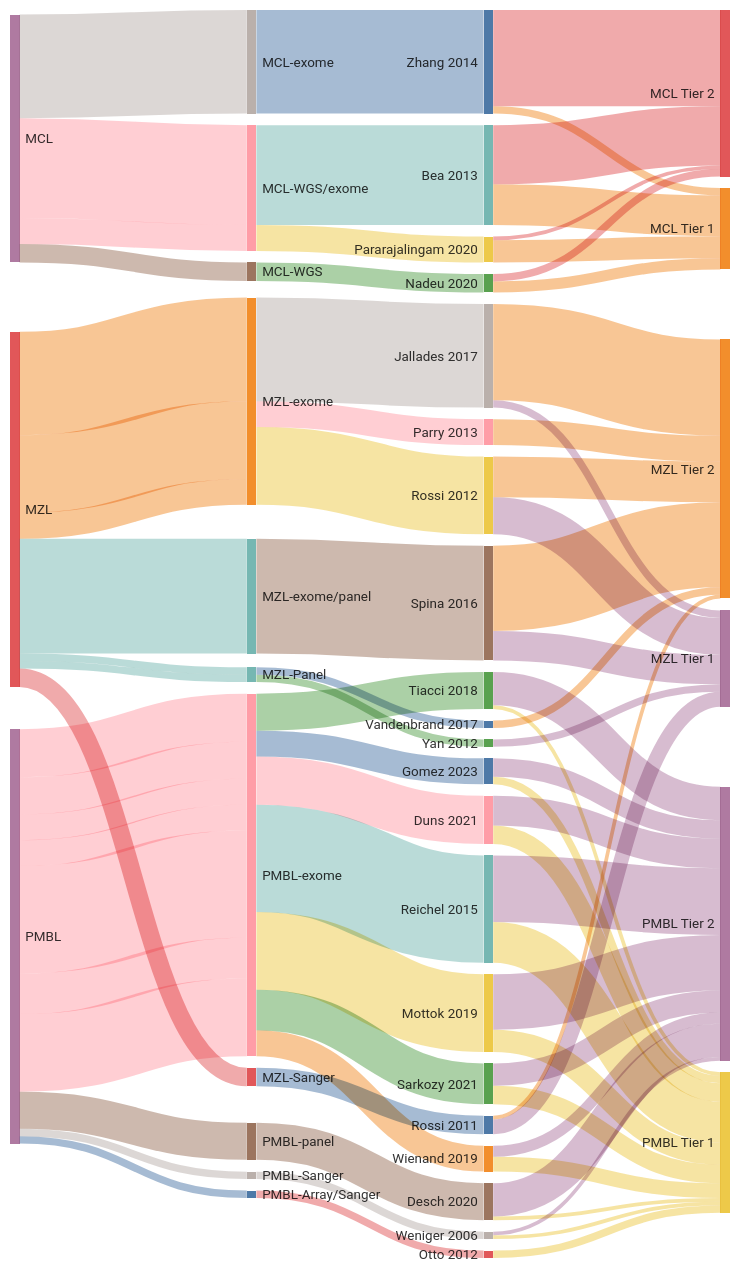
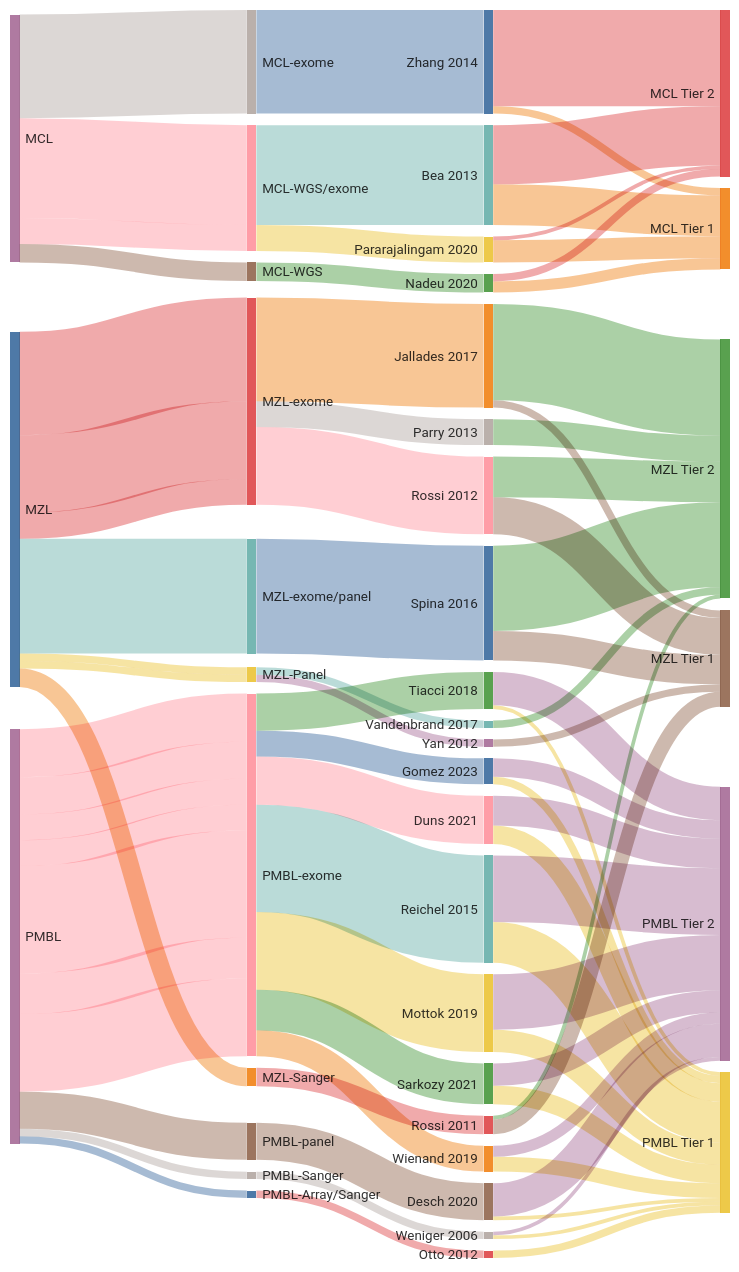
Before and after one commit to morinlab/lymphopedia: the second of 2 diagrams in Home.md, drawn with Mermaid.

```diff
--- a/Home.md
+++ b/Home.md
@@ -178,6 +178,8 @@
 MCL-WGS, Nadeu 2020, 5
 MCL, MCL-exome, 28
 MCL-exome, Zhang 2014, 28
+MZL, MZL-Sanger, 5
+MZL-Sanger, Rossi 2011, 5
 Vandenbrand 2017, MZL Tier 2, 2
 MZL, MZL-Panel, 2
 MZL-Panel, Vandenbrand 2017, 2
@@ -195,15 +197,10 @@
 Rossi 2011, MZL Tier 2, 1
 MZL, MZL-exome, 28
 MZL-exome, Jallades 2017, 28
-MZL, MZL-Sanger, 5
-MZL-Sanger, Rossi 2011, 5
 MZL, MZL-exome/panel, 31
 MZL-exome/panel, Spina 2016, 31
 MZL, MZL-exome, 21
 MZL-exome, Rossi 2012, 21
-
-
-
 MZL, MZL-exome, 7
 MZL-exome, Parry 2013, 7
 Tiacci 2018, PMBL Tier 1, 1
```
